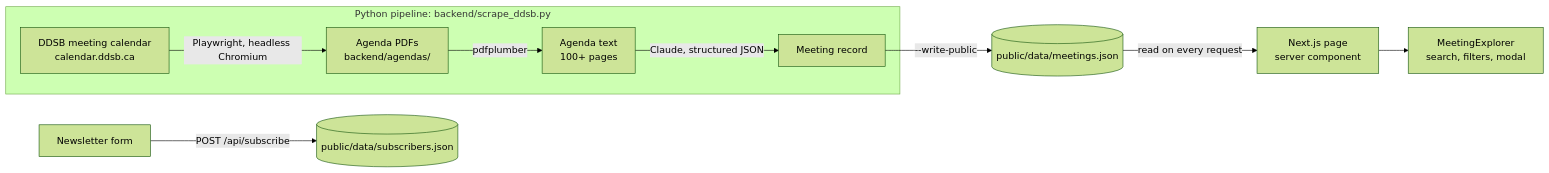
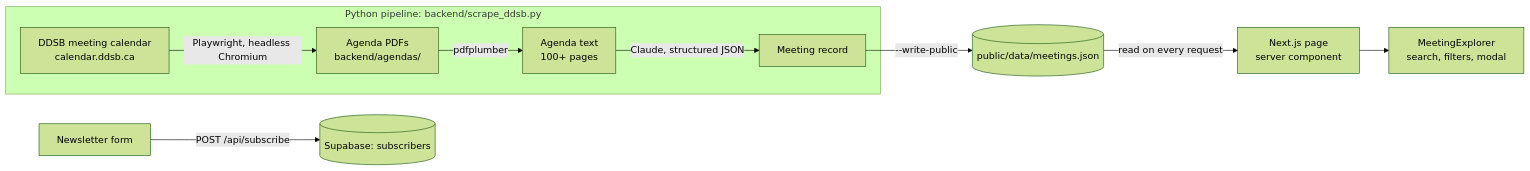
One commit to asad-9dev/civicpulse changed the diagram in README.md. Above: the diagram before and after it, drawn with Mermaid (forest theme). The commit also changed other lines of this file and 8 other files, not shown here.

First line of the commit message:
Store newsletter subscribers in Supabase

````diff
--- a/README.md
+++ b/README.md
@@ -43,12 +58,12 @@
 ```mermaid
 flowchart LR
   subgraph pipeline ["Python pipeline: backend/scrape_ddsb.py"]
     A[DDSB meeting calendar<br/>calendar.ddsb.ca] -->|Playwright, headless Chromium| B[Agenda PDFs<br/>backend/agendas/]
     B -->|pdfplumber| C[Agenda text<br/>100+ pages]
     C -->|Claude, structured JSON| D[Meeting record]
   end
   D -->|--write-public| E[(public/data/meetings.json)]
   E -->|read on every request| F[Next.js page<br/>server component]
   F --> G[MeetingExplorer<br/>search, filters, modal]
-  H[Newsletter form] -->|POST /api/subscribe| I[(public/data/subscribers.json)]
+  H[Newsletter form] -->|POST /api/subscribe| I[(Supabase: subscribers)]
 ```
````
